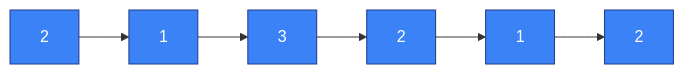
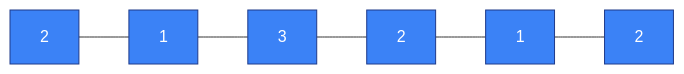
Before and after one commit to bhaskarneerati/coding-mermaid-diagrams: the first of 11 diagrams in sliding-window.md, drawn with Mermaid. The commit also changed other lines of this file, not shown here.

````diff
--- a/sliding-window.md
+++ b/sliding-window.md
@@ -9,9 +9,8 @@
 ```mermaid
 flowchart LR
-A1[2] --> A2[1] --> A3[3] --> A4[2] --> A5[1] --> A6[2]
+A1[2] --- A2[1] --- A3[3] --- A4[2] --- A5[1] --- A6[2]
 
 classDef base fill:#3b82f6,stroke:#1e3a8a,color:#ffffff;
-classDef window fill:#facc15,stroke:#92400e,color:#000000;
 
 class A1,A2,A3,A4,A5,A6 base;
 ```
````
